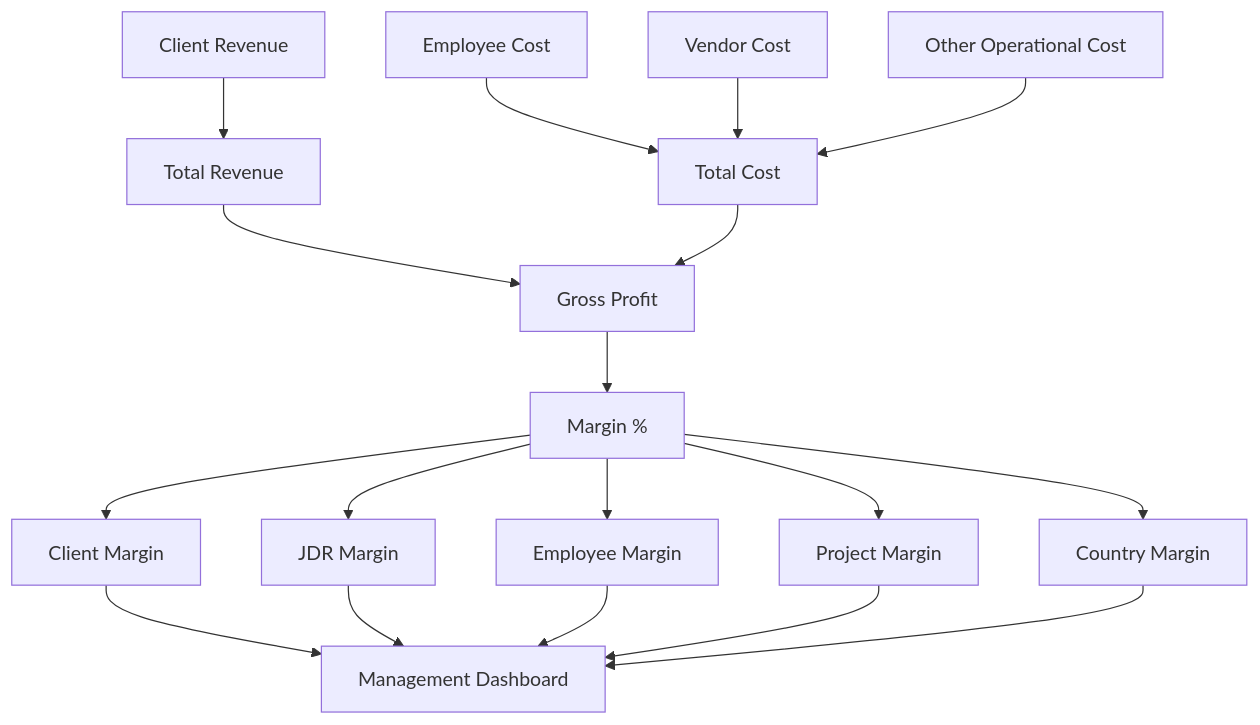
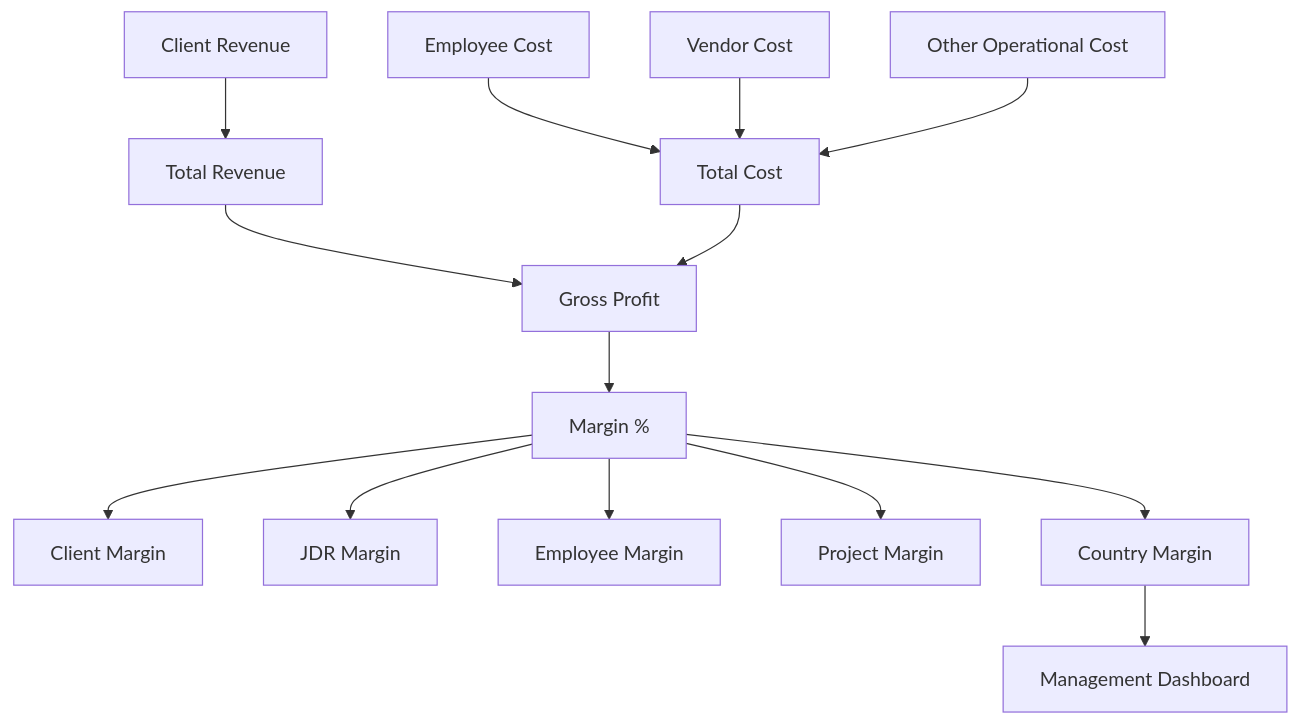
Diagram 18 of 25 in README.md (Plug0007/erpnext-niglobal), drawn with Mermaid before and after one commit. The commit also changed other lines of this file, not shown here.

````diff
--- a/README.md
+++ b/README.md
@@ -905,34 +1046,26 @@
 ```mermaid
 flowchart TD
     %% =========================================================
     %% MARGIN REPORTING
-    %% Profitability analysis.
+    %% Profitability calculation.
     %% =========================================================
 
-    A[Client Revenue] --> E[Total Revenue]
+    A["Client Revenue"] --> B["Total Revenue"]
 
-    B[Employee Cost] --> F[Total Cost]
-    C[Vendor Cost] --> F
-    D[Other Operational Cost] --> F
+    C["Employee Cost"] --> D["Total Cost"]
+    E["Vendor Cost"] --> D
+    F["Other Operational Cost"] --> D
 
-    %% Profit calculation.
-    E --> G[Gross Profit]
-    F --> G
+    B --> G["Gross Profit"]
+    D --> G
 
-    %% Percentage margin.
-    G --> H[Margin %]
+    G --> H["Margin %"]
 
-    %% Drill-down reporting dimensions.
-    H --> I[Client Margin]
-    H --> J[JDR Margin]
-    H --> K[Employee Margin]
-    H --> L[Project Margin]
-    H --> M[Country Margin]
+    H --> I["Client Margin"]
+    H --> J["JDR Margin"]
+    H --> K["Employee Margin"]
+    H --> L["Project Margin"]
+    H --> M["Country Margin"]
 
-    %% Management consumes the reports.
-    I --> N[Management Dashboard]
-    J --> N
-    K --> N
-    L --> N
-    M --> N
+    M --> N["Management Dashboard"]
 ```
````
